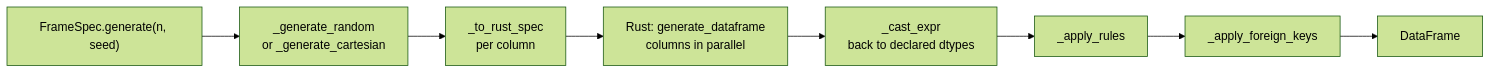
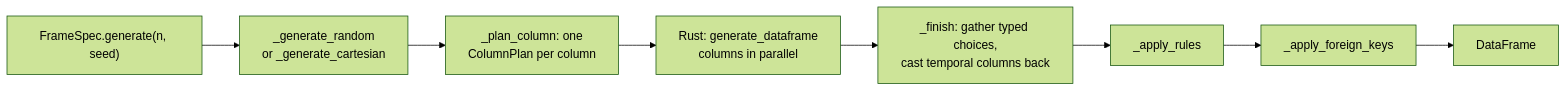
Before and after one commit to MaxwellB13/polspec: the first of 2 diagrams in docs/reference/architecture.md, drawn with Mermaid (forest theme). The commit also changed other lines of this file and 20 other files, not shown here.

Commit message:
feat: refactor Python/Rust integration and enhance column planning (#18)

````diff
--- a/docs/reference/architecture.md
+++ b/docs/reference/architecture.md
@@ -38,10 +38,10 @@
 ```mermaid
 flowchart LR
     A["FrameSpec.generate(n, seed)"] --> B["_generate_random<br/>or _generate_cartesian"]
-    B --> C["_to_rust_spec<br/>per column"]
+    B --> C["_plan_column: one<br/>ColumnPlan per column"]
     C --> D["Rust: generate_dataframe<br/>columns in parallel"]
-    D --> E["_cast_expr<br/>back to declared dtypes"]
+    D --> E["_finish: gather typed choices,<br/>cast temporal columns back"]
     E --> F["_apply_rules"]
     F --> G["_apply_foreign_keys"]
     G --> H[DataFrame]
 ```
````
